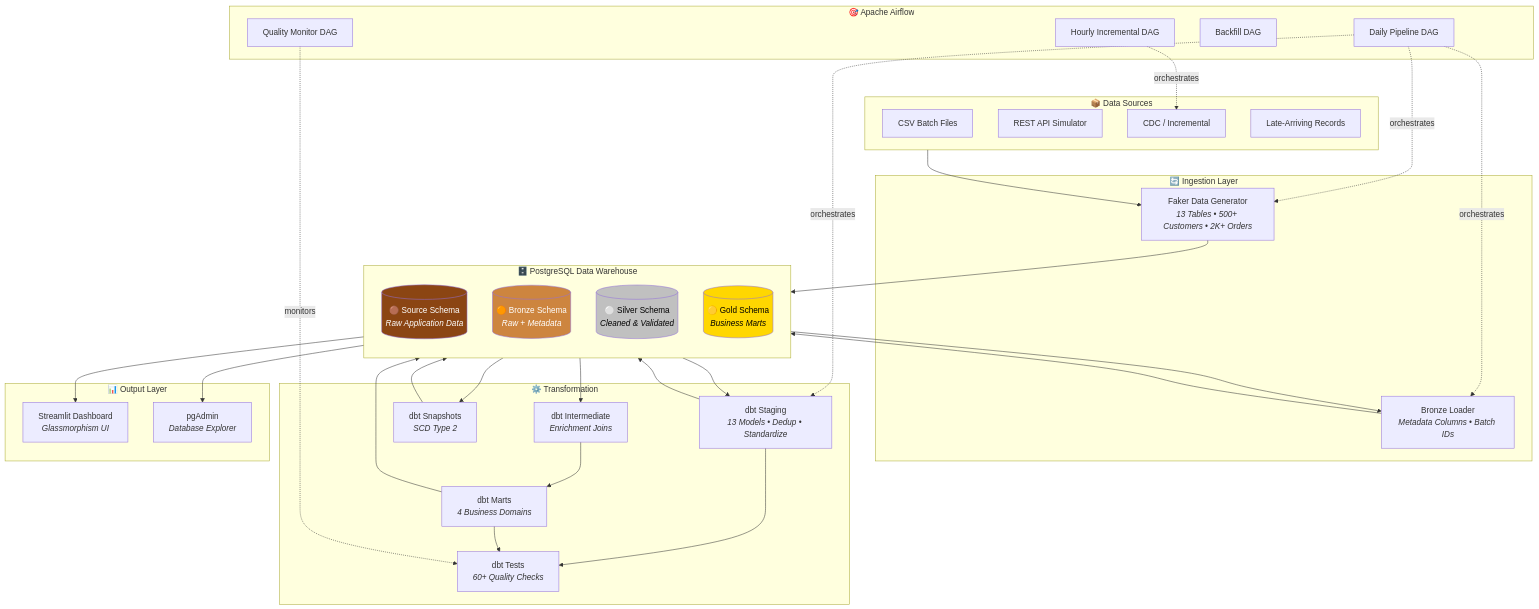
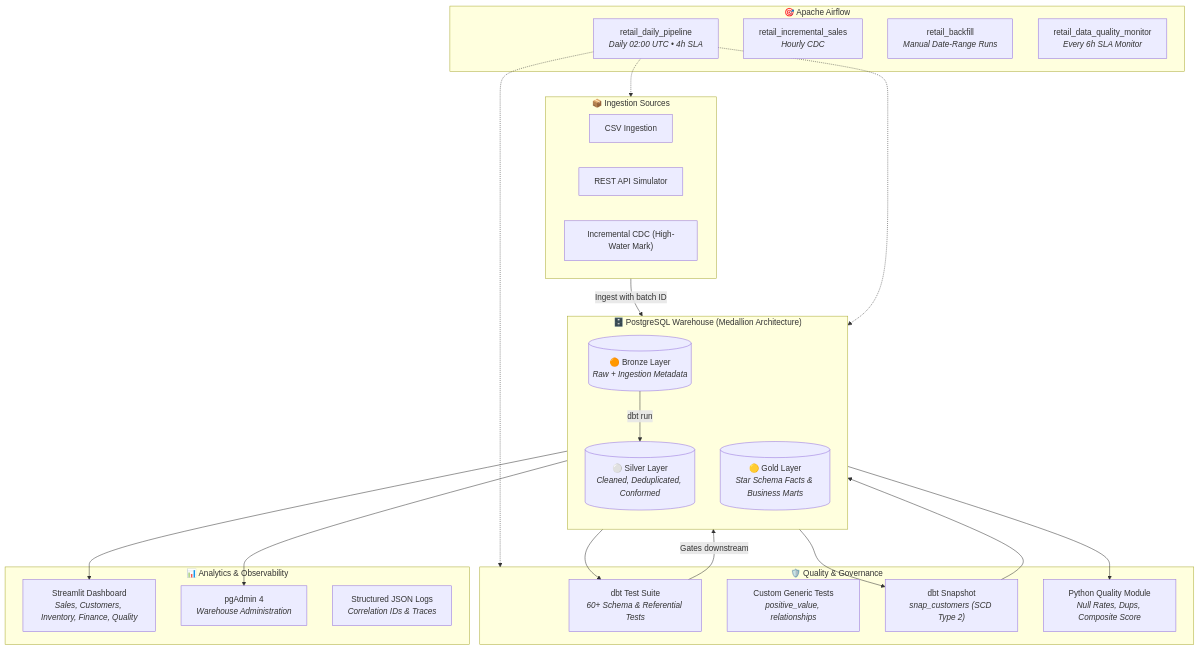
Before and after one commit to Goddex-123/retail-elt-pipeline: the diagram in README.md, drawn with Mermaid. The commit also changed other lines of this file and 32 other files, not shown here.

First line of the commit message:
feat: production upgrade for retail ELT platform and dashboard redesign

````diff
--- a/README.md
+++ b/README.md
@@ -40,68 +41,47 @@
 ```mermaid
 flowchart TB
-    subgraph Sources["📦 Data Sources"]
-        CSV["CSV Batch Files"]
+    subgraph Sources["📦 Ingestion Sources"]
+        CSV["CSV Ingestion"]
         API["REST API Simulator"]
-        CDC["CDC / Incremental"]
-        LATE["Late-Arriving Records"]
-    end
-
-    subgraph Ingestion["🔄 Ingestion Layer"]
-        GEN["Faker Data Generator<br/><i>13 Tables • 500+ Customers • 2K+ Orders</i>"]
-        BRONZE_LOAD["Bronze Loader<br/><i>Metadata Columns • Batch IDs</i>"]
-    end
-
-    subgraph Warehouse["🗄️ PostgreSQL Data Warehouse"]
-        direction TB
-        SRC[("🟤 Source Schema<br/><i>Raw Application Data</i>")]
-        BRZ[("🟠 Bronze Schema<br/><i>Raw + Metadata</i>")]
-        SLV[("⚪ Silver Schema<br/><i>Cleaned & Validated</i>")]
-        GLD[("🟡 Gold Schema<br/><i>Business Marts</i>")]
-    end
-
-    subgraph Transform["⚙️ Transformation"]
-        DBT_STG["dbt Staging<br/><i>13 Models • Dedup • Standardize</i>"]
-        DBT_INT["dbt Intermediate<br/><i>Enrichment Joins</i>"]
-        DBT_MART["dbt Marts<br/><i>4 Business Domains</i>"]
-        DBT_SNAP["dbt Snapshots<br/><i>SCD Type 2</i>"]
-        DBT_TEST["dbt Tests<br/><i>60+ Quality Checks</i>"]
+        CDC["Incremental CDC (High-Water Mark)"]
     end
 
     subgraph Orchestration["🎯 Apache Airflow"]
-        DAG1["Daily Pipeline DAG"]
-        DAG2["Hourly Incremental DAG"]
-        DAG3["Backfill DAG"]
-        DAG4["Quality Monitor DAG"]
+        DAG1["retail_daily_pipeline<br/><i>Daily 02:00 UTC • 4h SLA</i>"]
+        DAG2["retail_incremental_sales<br/><i>Hourly CDC</i>"]
+        DAG3["retail_backfill<br/><i>Manual Date-Range Runs</i>"]
+        DAG4["retail_data_quality_monitor<br/><i>Every 6h SLA Monitor</i>"]
     end
 
-    subgraph Output["📊 Output Layer"]
-        DASH["Streamlit Dashboard<br/><i>Glassmorphism UI</i>"]
-        PGADMIN["pgAdmin<br/><i>Database Explorer</i>"]
+    subgraph Warehouse["🗄️ PostgreSQL Warehouse (Medallion Architecture)"]
+        direction TB
+        BRZ[("🟠 Bronze Layer<br/><i>Raw + Ingestion Metadata</i>")]
+        SLV[("⚪ Silver Layer<br/><i>Cleaned, Deduplicated, Conformed</i>")]
+        GLD[("🟡 Gold Layer<br/><i>Star Schema Facts & Business Marts</i>")]
     end
 
-    Sources --> GEN
-    GEN --> SRC
-    BRONZE_LOAD --> BRZ
-    SRC --> BRONZE_LOAD
-    BRZ --> DBT_STG
-    DBT_STG --> SLV
-    SLV --> DBT_INT
-    DBT_INT --> DBT_MART
-    DBT_MART --> GLD
-    DBT_STG --> DBT_TEST
-    DBT_MART --> DBT_TEST
-    SLV --> DBT_SNAP
-    DBT_SNAP --> GLD
+    subgraph Quality["🛡️ Quality & Governance"]
+        DBT_TEST["dbt Test Suite<br/><i>60+ Schema & Referential Tests</i>"]
+        CUSTOM_TEST["Custom Generic Tests<br/><i>positive_value, relationships</i>"]
+        SCD2["dbt Snapshot<br/><i>snap_customers (SCD Type 2)</i>"]
+        PY_QUAL["Python Quality Module<br/><i>Null Rates, Dups, Composite Score</i>"]
+    end
+
+    subgraph Output["📊 Analytics & Observability"]
+        DASH["Streamlit Dashboard<br/><i>Sales, Customers, Inventory, Finance, Quality</i>"]
+        PGADMIN["pgAdmin 4<br/><i>Warehouse Administration</i>"]
+        LOGS["Structured JSON Logs<br/><i>Correlation IDs & Traces</i>"]
+    end
+
+    Sources -->|Ingest with batch ID| BRZ
+    BRZ -->|dbt run| SLV
+    SLV --> DBT_TEST
+    DBT_TEST -->|Gates downstream| GLD
+    SLV --> SCD2 --> GLD
+    GLD --> PY_QUAL
     GLD --> DASH
     GLD --> PGADMIN
-    DAG1 -.->|orchestrates| GEN
-    DAG1 -.->|orchestrates| BRONZE_LOAD
-    DAG1 -.->|orchestrates| DBT_STG
-    DAG2 -.->|orchestrates| CDC
-    DAG4 -.->|monitors| DBT_TEST
-
-    style SRC fill:#8B4513,color:#fff
-    style BRZ fill:#CD853F,color:#fff
-    style SLV fill:#C0C0C0,color:#000
-    style GLD fill:#FFD700,color:#000
+    DAG1 -.-> Sources
+    DAG1 -.-> Warehouse
+    DAG1 -.-> Quality
 ```
````
